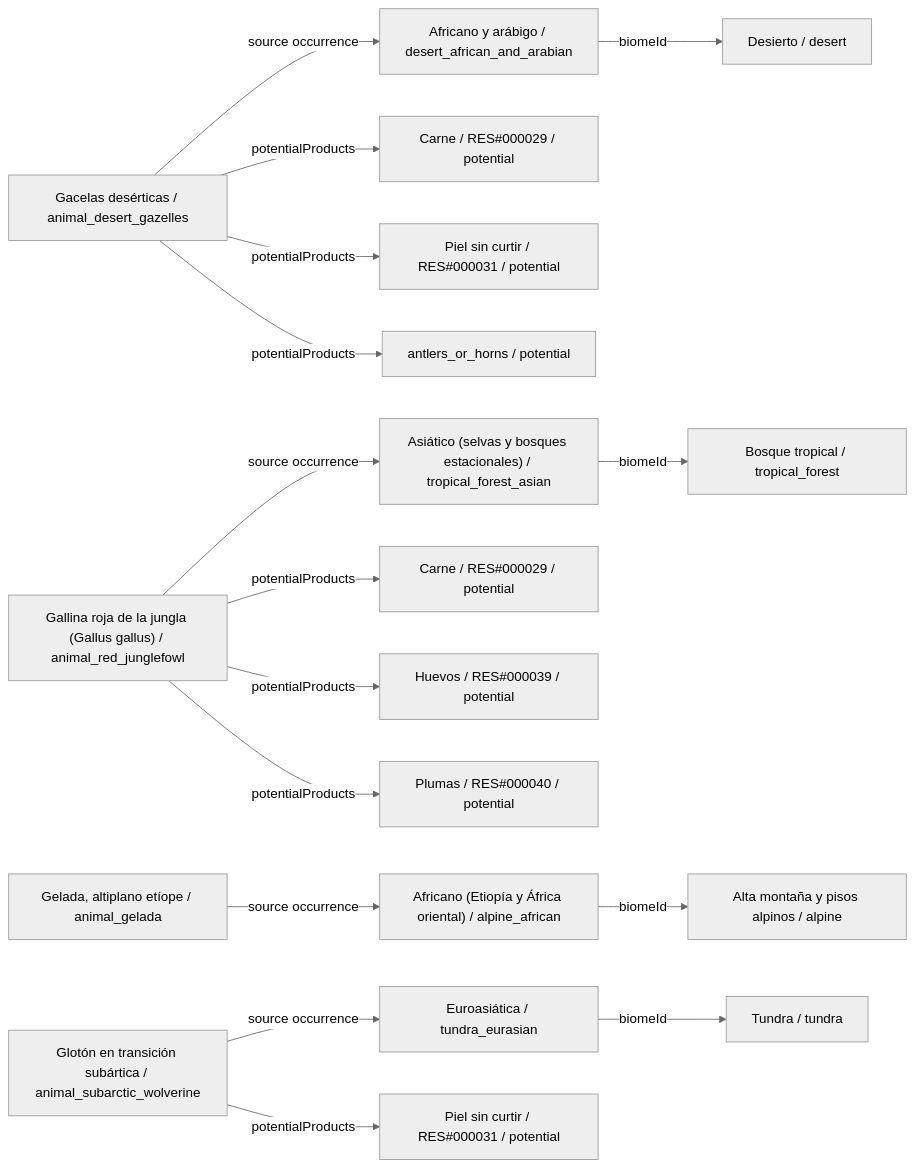
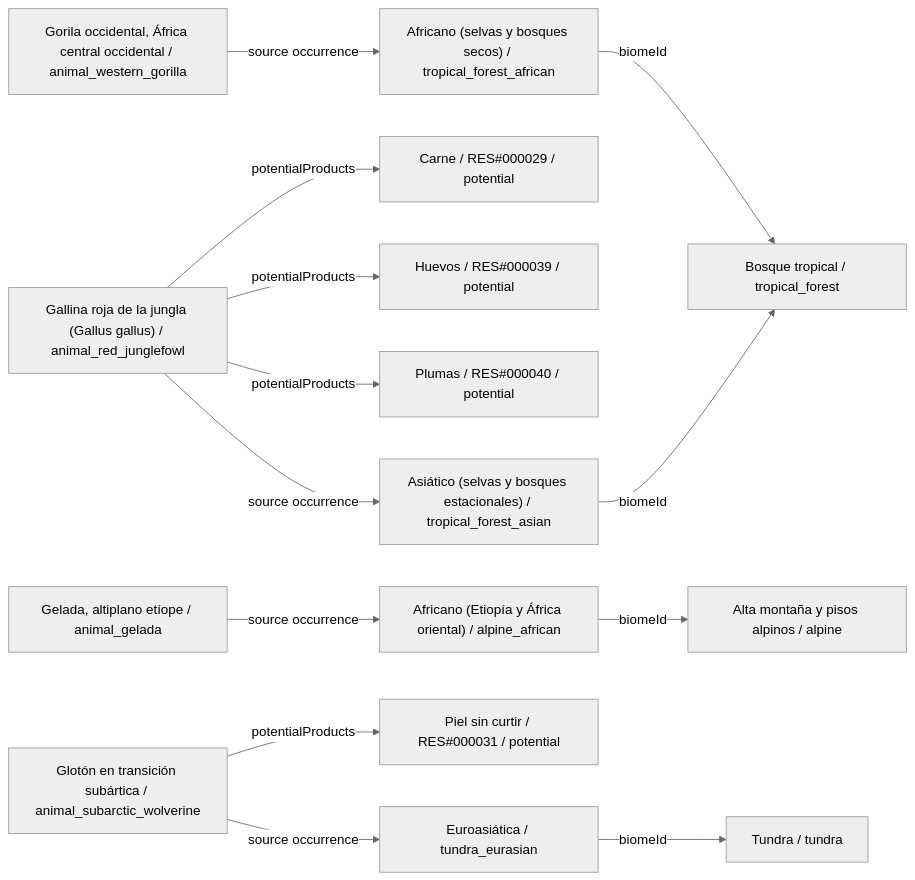
Before and after one commit to fgabo404/EvolveDoc: diagram 11 of 26 in data/animals/DIAGRAMS.es.md, drawn with Mermaid (neutral theme). The commit also changed other lines of this file and 59 other files, not shown here.

````diff
--- a/data/animals/DIAGRAMS.es.md
+++ b/data/animals/DIAGRAMS.es.md
@@ -714,37 +598,30 @@
 ```mermaid
 flowchart LR
-    c0["Gacelas desérticas / animal_desert_gazelles"]
-    v16["Africano y arábigo / desert_african_and_arabian"]
-    b4["Desierto / desert"]
-    o0_0["Carne / RES#000029 / potential"]
-    o0_1["Piel sin curtir / RES#000031 / potential"]
-    o0_2["antlers_or_horns / potential"]
-    c1["Gallina roja de la jungla (Gallus gallus) / animal_red_junglefowl"]
+    c0["Gallina roja de la jungla (Gallus gallus) / animal_red_junglefowl"]
     v2["Asiático (selvas y bosques estacionales) / tropical_forest_asian"]
     b0["Bosque tropical / tropical_forest"]
-    o1_0["Carne / RES#000029 / potential"]
-    o1_1["Huevos / RES#000039 / potential"]
-    o1_2["Plumas / RES#000040 / potential"]
-    c2["Gelada, altiplano etíope / animal_gelada"]
+    o0_0["Carne / RES#000029 / potential"]
+    o0_1["Huevos / RES#000039 / potential"]
+    o0_2["Plumas / RES#000040 / potential"]
+    c1["Gelada, altiplano etíope / animal_gelada"]
     v26["Africano (Etiopía y África oriental) / alpine_african"]
     b6["Alta montaña y pisos alpinos / alpine"]
-    c3["Glotón en transición subártica / animal_subarctic_wolverine"]
+    c2["Glotón en transición subártica / animal_subarctic_wolverine"]
     v9["Euroasiática / tundra_eurasian"]
     b2["Tundra / tundra"]
-    o3_0["Piel sin curtir / RES#000031 / potential"]
+    o2_0["Piel sin curtir / RES#000031 / potential"]
+    c3["Gorila occidental, África central occidental / animal_western_gorilla"]
+    v1["Africano (selvas y bosques secos) / tropical_forest_african"]
     c0 -->|potentialProducts| o0_0
     c0 -->|potentialProducts| o0_1
     c0 -->|potentialProducts| o0_2
-    c0 -->|source occurrence| v16
-    c1 -->|potentialProducts| o1_0
-    c1 -->|potentialProducts| o1_1
-    c1 -->|potentialProducts| o1_2
-    c1 -->|source occurrence| v2
-    c2 -->|source occurrence| v26
-    c3 -->|potentialProducts| o3_0
-    c3 -->|source occurrence| v9
-    v16 -->|biomeId| b4
+    c0 -->|source occurrence| v2
+    c1 -->|source occurrence| v26
+    c2 -->|potentialProducts| o2_0
+    c2 -->|source occurrence| v9
+    c3 -->|source occurrence| v1
+    v1 -->|biomeId| b0
     v2 -->|biomeId| b0
     v26 -->|biomeId| b6
     v9 -->|biomeId| b2
 ```
````
